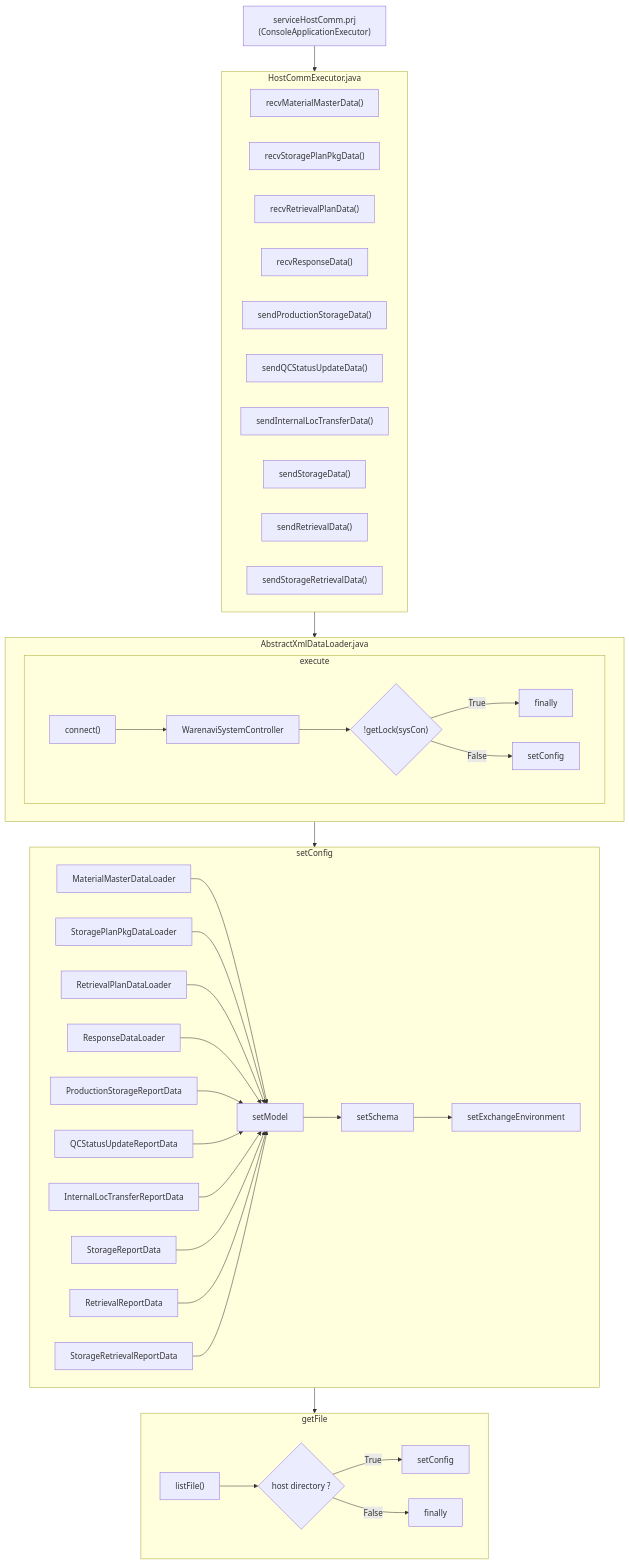
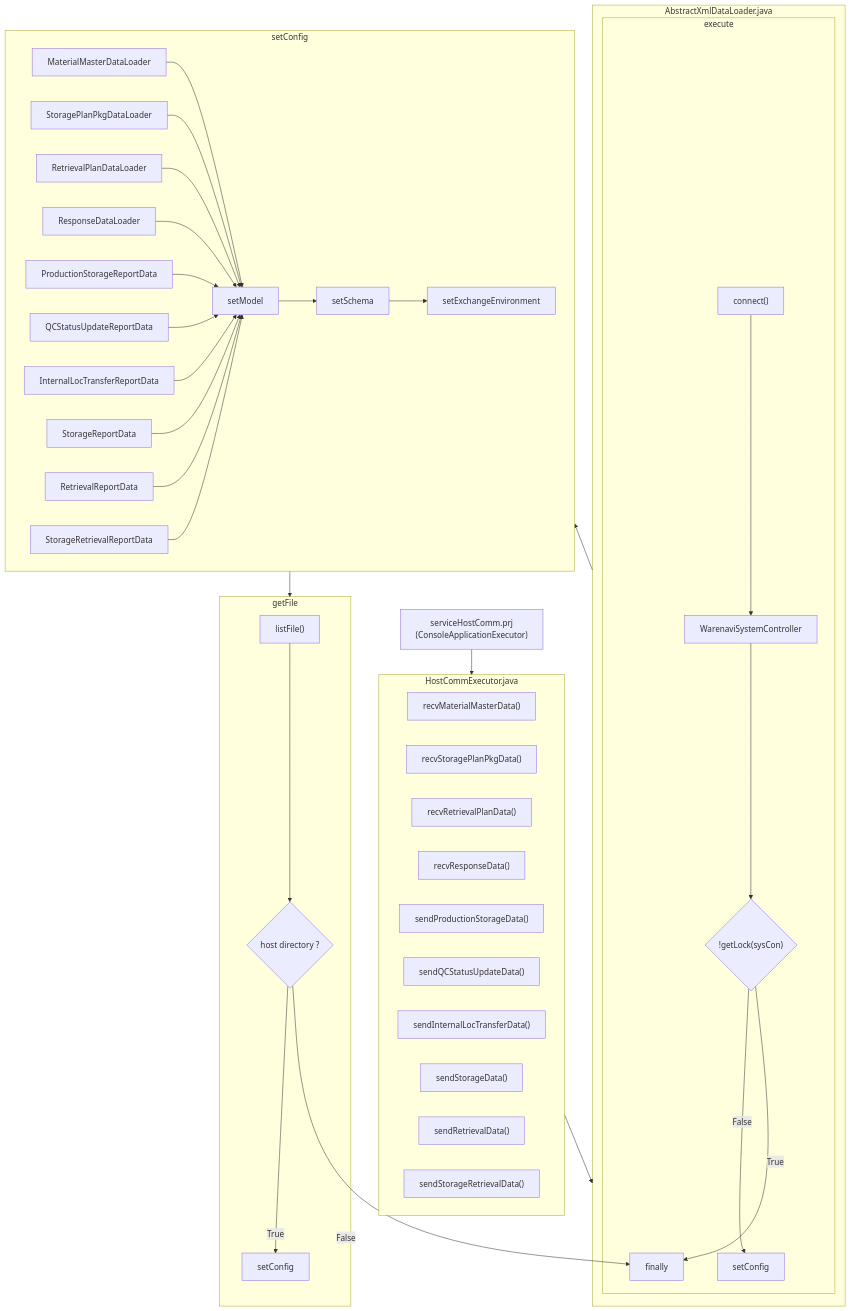
Before and after one commit to luthfiadityaa/SimeDarby-Wiki: the diagram in Basic-Design/Host-Interfaces.md, drawn with Mermaid.

Commit message:
Updated Host Interfaces

```diff
--- a/Basic-Design/Host-Interfaces.md
+++ b/Basic-Design/Host-Interfaces.md
@@ -30,78 +30,77 @@
 ::: mermaid
 flowchart TD
  C1["serviceHostComm.prj<br>(ConsoleApplicationExecutor)"]           
  C1 --> HostCommExecutor.java
  AbstractXmlDataLoader.java
  HostCommExecutor.java --> AbstractXmlDataLoader.java
  AbstractXmlDataLoader.java --> setConfig
  setConfig --> getFile
  C15["finally"]
 
 subgraph HostCommExecutor.java
  C2["recvMaterialMasterData()"]
  C3["recvStoragePlanPkgData()"]
  C4["recvRetrievalPlanData()"]
  C5["recvResponseData()"]
  C6["sendProductionStorageData()"]
  C7["sendQCStatusUpdateData()"]
  C8["sendInternalLocTransferData()"]
  C9["sendStorageData()"]
  C10["sendRetrievalData()"]
  C11["sendStorageRetrievalData()"]
 end
 
 subgraph AbstractXmlDataLoader.java
  execute        
 end
 
 subgraph execute
  C13["connect()"]
  C14["WarenaviSystemController"]
  
  Cond1{"!getLock(sysCon)"} 
 
  C16["setConfig"]
 
  C13 --> C14 --> Cond1
  Cond1 --> |False| C16
  Cond1 --> |True| C15   
 end
 
 subgraph setConfig
 
  E11["setModel"]
  E12["setSchema"]
  E13["setExchangeEnvironment"]
 
  E11--> E12 --> E13
 
  C21["MaterialMasterDataLoader"] --> E11
  C22["StoragePlanPkgDataLoader"] --> E11
  C23["RetrievalPlanDataLoader"] --> E11
  C24["ResponseDataLoader"] --> E11
  C25["ProductionStorageReportData"] --> E11
  C26["QCStatusUpdateReportData"] --> E11
  C27["InternalLocTransferReportData"] --> E11
  C28["StorageReportData"] --> E11
  C29["RetrievalReportData"] --> E11
  C30["StorageRetrievalReportData"] --> E11
 
             
 end
 
 subgraph getFile
  C31["listFile()"]    
 
  Cond2{"host directory ?"}   
 
  C32["setConfig"]
- C33["finally"]
 
  C31 --> Cond2
 
 Cond2 --> |True| C32
-Cond2 --> |False| C33
+Cond2 --> |False| C15
 
 end
 
 :::
```
